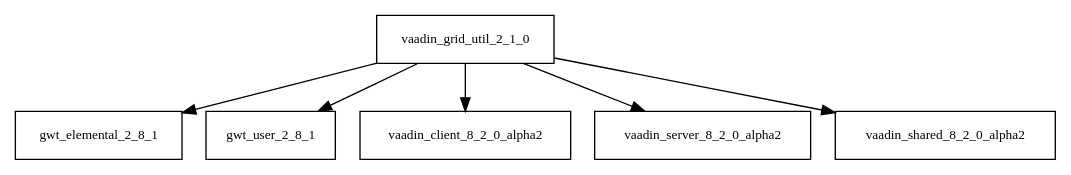
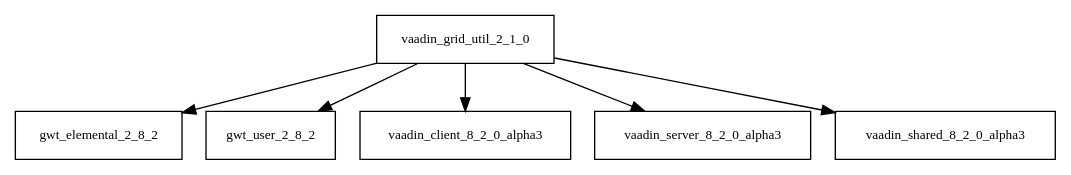
Before and after one commit to AglaianWoman/cia: the diagram in tattleTaleReport/graphviz/vaadin-grid-util-2.1.0.jar/vaadin-grid-util-2.1.0.jar.dot, drawn with Graphviz. The commit also changed 3162 other files, not shown here.

```diff
--- a/tattleTaleReport/graphviz/vaadin-grid-util-2.1.0.jar/vaadin-grid-util-2.1.0.jar.dot
+++ b/tattleTaleReport/graphviz/vaadin-grid-util-2.1.0.jar/vaadin-grid-util-2.1.0.jar.dot
@@ -1,8 +1,8 @@
 digraph vaadin_grid_util_2_1_0_dependencies {
   node [shape = box, fontsize=10.0];
-  vaadin_grid_util_2_1_0 -> gwt_elemental_2_8_1;
-  vaadin_grid_util_2_1_0 -> gwt_user_2_8_1;
-  vaadin_grid_util_2_1_0 -> vaadin_client_8_2_0_alpha2;
-  vaadin_grid_util_2_1_0 -> vaadin_server_8_2_0_alpha2;
-  vaadin_grid_util_2_1_0 -> vaadin_shared_8_2_0_alpha2;
+  vaadin_grid_util_2_1_0 -> gwt_elemental_2_8_2;
+  vaadin_grid_util_2_1_0 -> gwt_user_2_8_2;
+  vaadin_grid_util_2_1_0 -> vaadin_client_8_2_0_alpha3;
+  vaadin_grid_util_2_1_0 -> vaadin_server_8_2_0_alpha3;
+  vaadin_grid_util_2_1_0 -> vaadin_shared_8_2_0_alpha3;
 }
```
